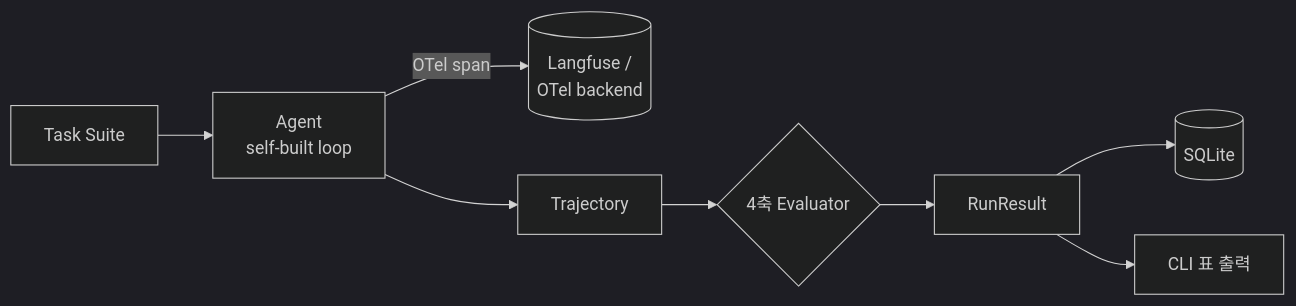
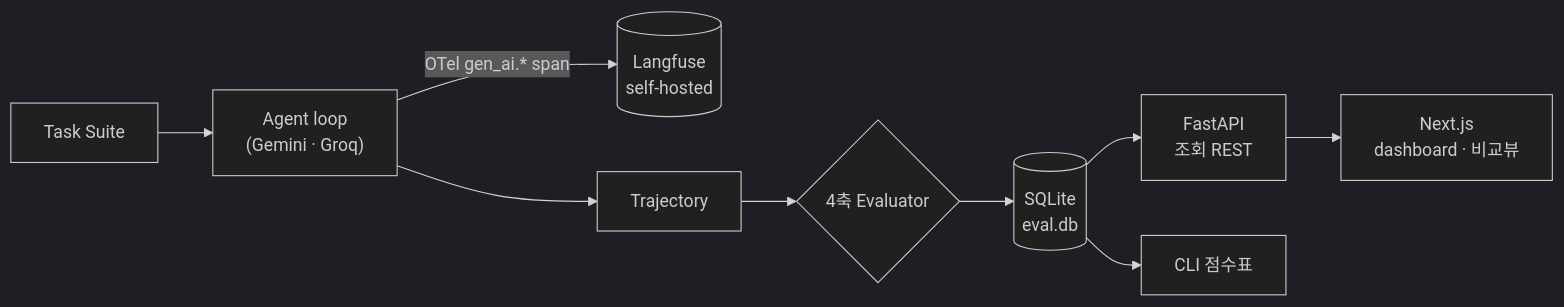
The diagram in README.md (songwookun/agent-eval-lab), drawn with Mermaid (dark theme) before and after one commit. The commit also changed other lines of this file, not shown here.

First line of the commit message:
docs(readme): 풀스택 README 최신화 — 아키텍처 다이어그램 + 빠른 시작 + 실측치

````diff
--- a/README.md
+++ b/README.md
@@ -13,10 +13,11 @@
 ```mermaid
 flowchart LR
-    S[Task Suite] --> A[Agent<br/>self-built loop]
-    A -->|OTel span| O[(Langfuse /<br/>OTel backend)]
+    S[Task Suite] --> A["Agent loop<br/>(Gemini · Groq)"]
+    A -->|"OTel gen_ai.* span"| O[("Langfuse<br/>self-hosted")]
     A --> T[Trajectory]
     T --> E{4축 Evaluator}
-    E --> R[RunResult]
-    R --> DB[(SQLite)]
-    R --> CLI[CLI 표 출력]
+    E --> DB[("SQLite<br/>eval.db")]
+    DB --> API["FastAPI<br/>조회 REST"]
+    API --> UI["Next.js<br/>dashboard · 비교뷰"]
+    DB --> CLI[CLI 점수표]
 ```
````
